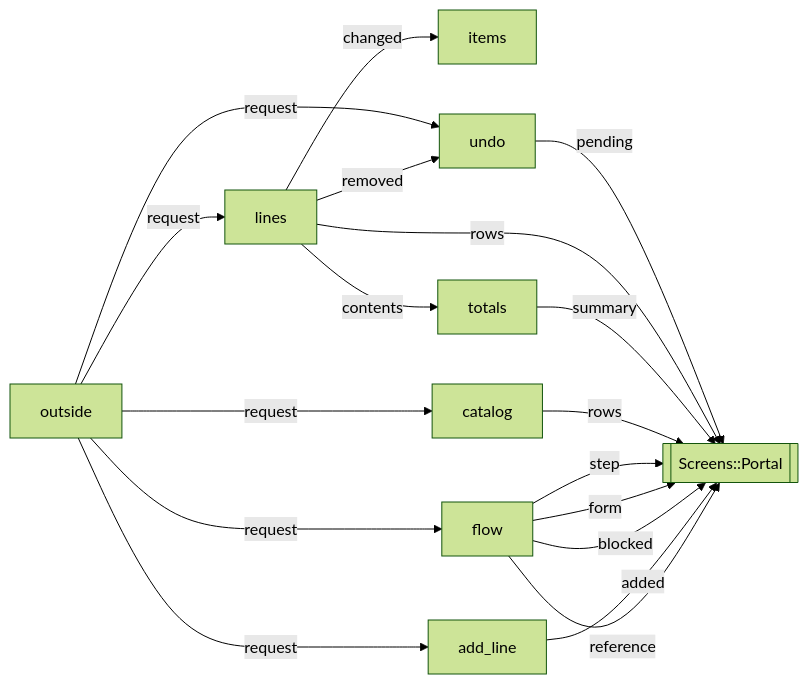
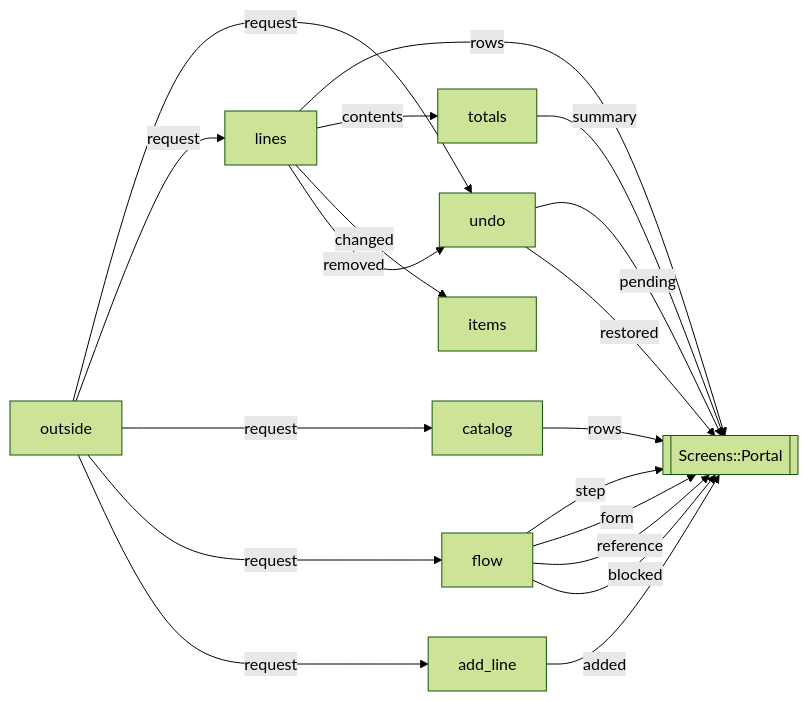
One commit to modellurgist/ala_variants_ruby changed the diagram in v06-plain-rails/docs/diagrams/running/portal.md. Above: the diagram before and after it, drawn with Mermaid (forest theme). The commit also changed 2574 other files, not shown here.

````diff
--- a/v06-plain-rails/docs/diagrams/running/portal.md
+++ b/v06-plain-rails/docs/diagrams/running/portal.md
@@ -3,28 +3,29 @@
 ```mermaid
 flowchart LR
   screen[[Screens::Portal]]
   lines[lines]
   items[items]
   totals[totals]
   undo[undo]
   catalog[catalog]
   add_line[add_line]
   flow[flow]
   outside -- request --> undo
   undo -- pending --> screen
   outside -- request --> lines
   lines -- rows --> screen
   lines -- contents --> totals
   totals -- summary --> screen
   outside -- request --> catalog
   catalog -- rows --> screen
   outside -- request --> flow
   flow -- step --> screen
   flow -- form --> screen
-  flow -- blocked --> screen
   outside -- request --> add_line
   add_line -- added --> screen
   flow -- reference --> screen
+  flow -- blocked --> screen
   lines -- changed --> items
   lines -- removed --> undo
+  undo -- restored --> screen
 ```
````
